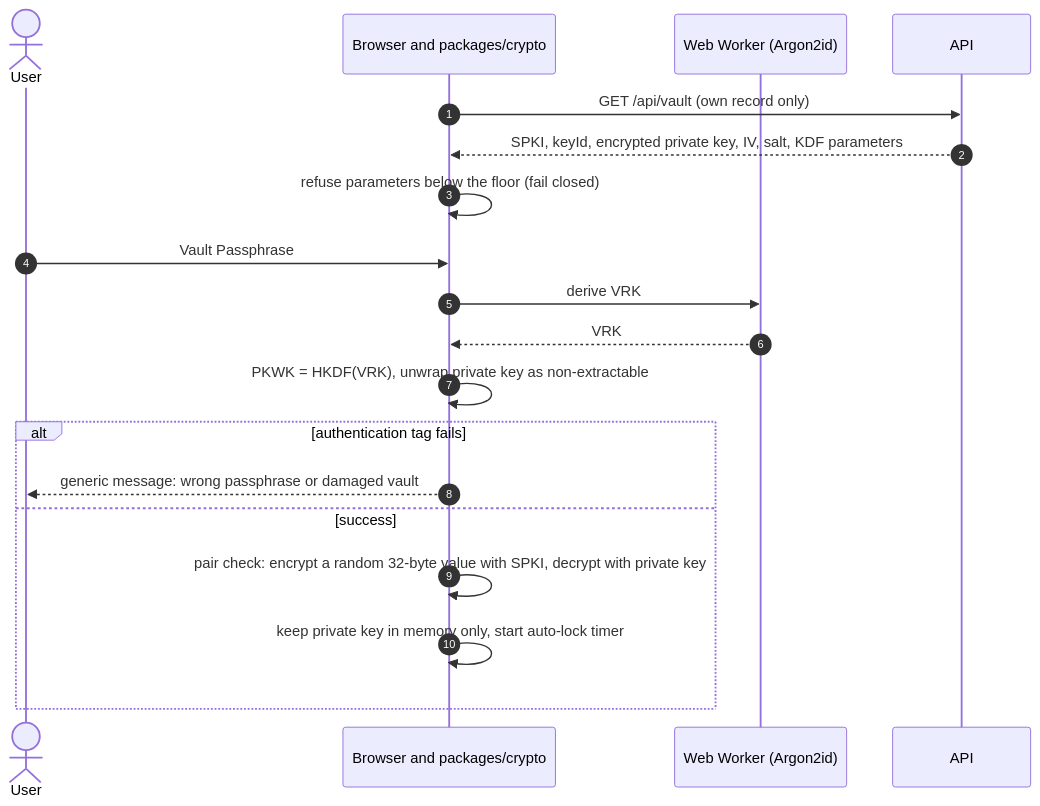
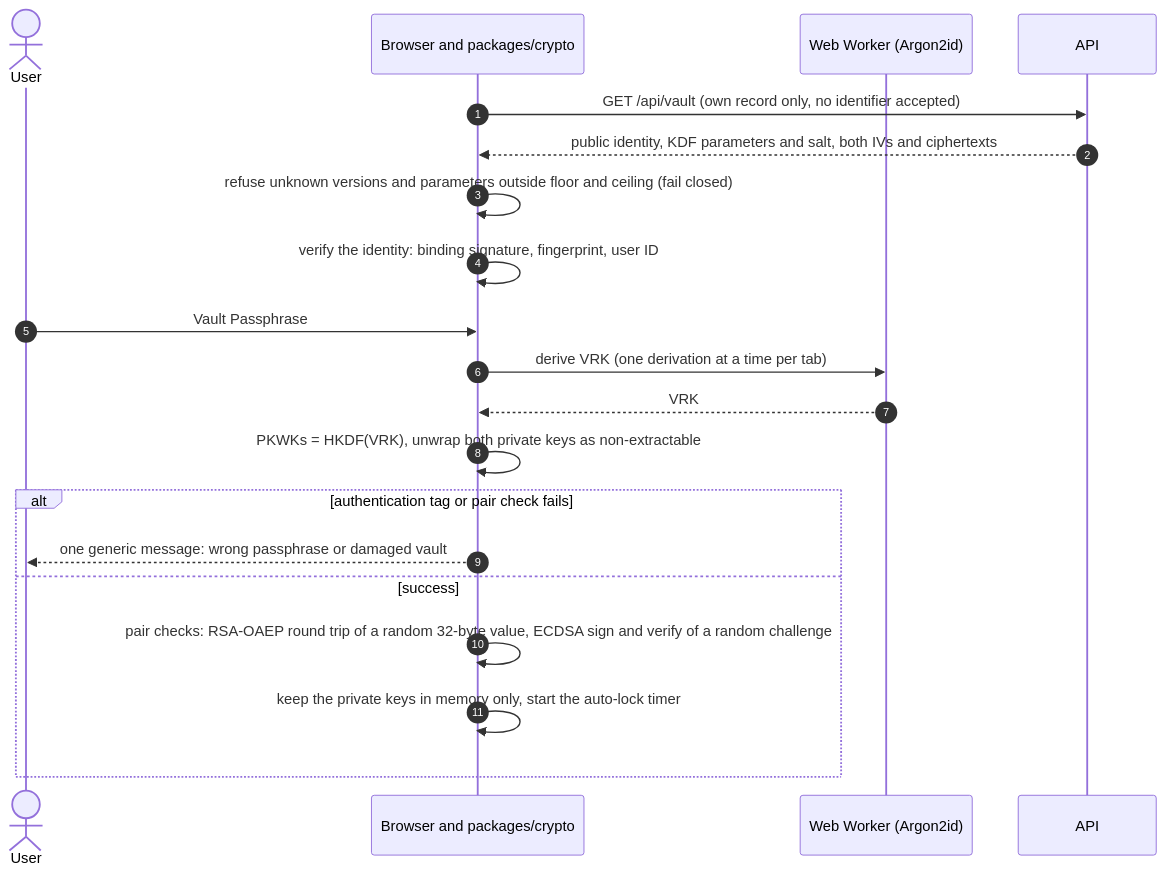
One commit to mhmmdimanquliyev7-dot/CipherMesh changed the fourth of 15 diagrams in docs/architecture/data-flow.md. Above: the diagram before and after it, drawn with Mermaid. The commit also changed other lines of this file and 25 other files, not shown here.

````diff
--- a/docs/architecture/data-flow.md
+++ b/docs/architecture/data-flow.md
@@ -127,21 +137,22 @@
 ```mermaid
 sequenceDiagram
   autonumber
   actor U as User
   participant B as Browser and packages/crypto
   participant W as Web Worker (Argon2id)
   participant A as API
-  B->>A: GET /api/vault (own record only)
-  A-->>B: SPKI, keyId, encrypted private key, IV, salt, KDF parameters
-  B->>B: refuse parameters below the floor (fail closed)
+  B->>A: GET /api/vault (own record only, no identifier accepted)
+  A-->>B: public identity, KDF parameters and salt, both IVs and ciphertexts
+  B->>B: refuse unknown versions and parameters outside floor and ceiling (fail closed)
+  B->>B: verify the identity: binding signature, fingerprint, user ID
   U->>B: Vault Passphrase
-  B->>W: derive VRK
+  B->>W: derive VRK (one derivation at a time per tab)
   W-->>B: VRK
-  B->>B: PKWK = HKDF(VRK), unwrap private key as non-extractable
-  alt authentication tag fails
-    B-->>U: generic message: wrong passphrase or damaged vault
+  B->>B: PKWKs = HKDF(VRK), unwrap both private keys as non-extractable
+  alt authentication tag or pair check fails
+    B-->>U: one generic message: wrong passphrase or damaged vault
   else success
-    B->>B: pair check: encrypt a random 32-byte value with SPKI, decrypt with private key
-    B->>B: keep private key in memory only, start auto-lock timer
+    B->>B: pair checks: RSA-OAEP round trip of a random 32-byte value, ECDSA sign and verify of a random challenge
+    B->>B: keep the private keys in memory only, start the auto-lock timer
   end
 ```
````
